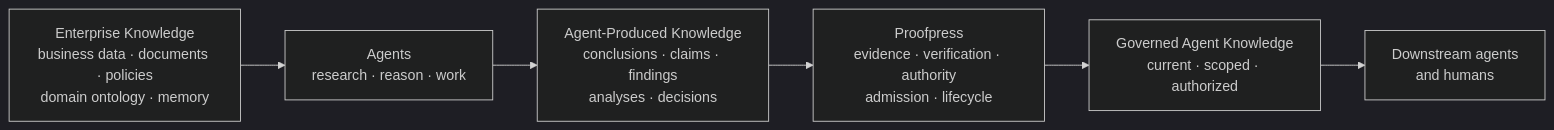
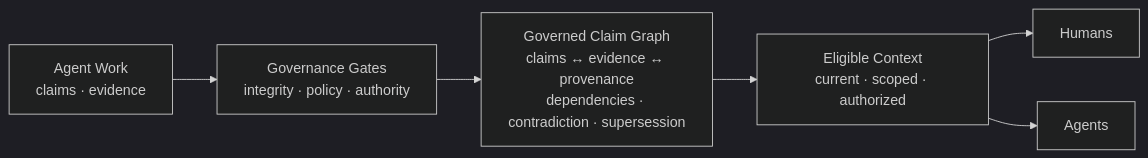
The first of 2 diagrams in README.md (chenmingtang830/proofpress), drawn with Mermaid (dark theme) before and after one commit. The commit also changed other lines of this file and 4 other files, not shown here.

````diff
--- a/README.md
+++ b/README.md
@@ -43,10 +74,8 @@
 ```mermaid
 flowchart LR
-  EK["Enterprise Knowledge<br/>business data · documents · policies<br/>domain ontology · memory"]
-  A["Agents<br/>research · reason · work"]
-  APK["Agent-Produced Knowledge<br/>conclusions · claims · findings<br/>analyses · decisions"]
-  PP["Proofpress<br/>evidence · verification · authority<br/>admission · lifecycle"]
-  GAK["Governed Agent Knowledge<br/>current · scoped · authorized"]
-  DA["Downstream agents<br/>and humans"]
-  EK --> A --> APK --> PP --> GAK --> DA
+  W["Agent Work<br/>claims · evidence"] --> G["Governance Gates<br/>integrity · policy · authority"]
+  G --> C["Governed Claim Graph<br/>claims ↔ evidence ↔ provenance<br/>dependencies · contradiction · supersession"]
+  C --> E["Eligible Context<br/>current · scoped · authorized"]
+  E --> H["Humans"]
+  E --> A["Agents"]
 ```
````
